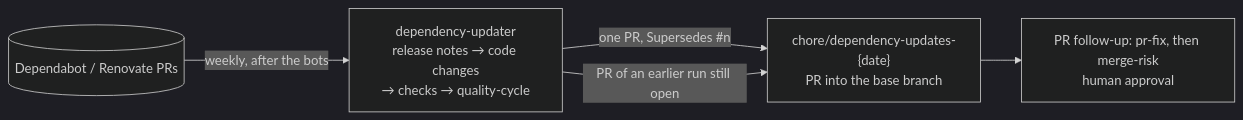
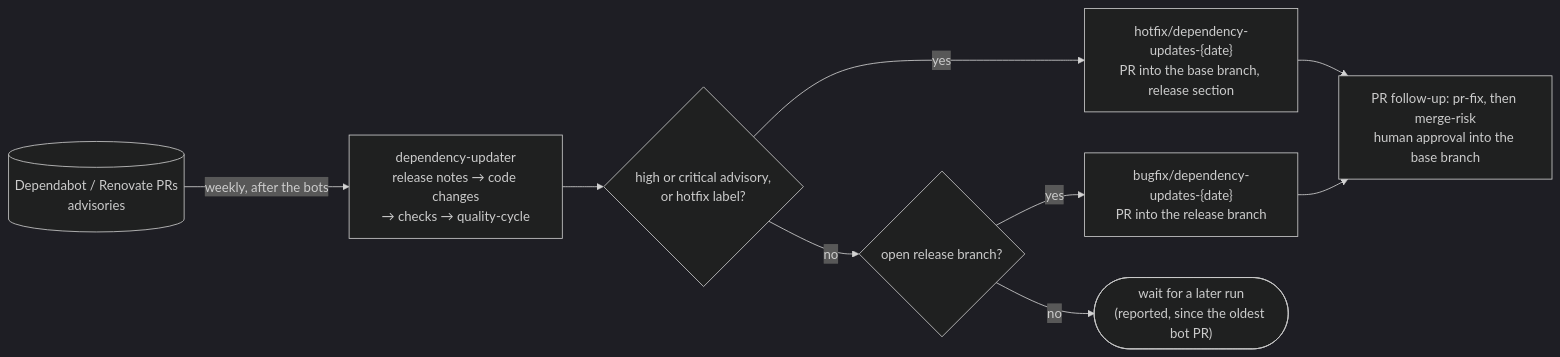
Before and after one commit to fbrissi/ai-skills: the sixth of 7 diagrams in docs/delivery-flow.md, drawn with Mermaid (dark theme). The commit also changed other lines of this file and 13 other files, not shown here.

````diff
--- a/docs/delivery-flow.md
+++ b/docs/delivery-flow.md
@@ -242,7 +243,11 @@
 ```mermaid
 flowchart LR
-  BOT[("Dependabot / Renovate PRs")] -->|"weekly, after the bots"| DU["dependency-updater<br/>release notes → code changes<br/>→ checks → quality-cycle"]
-  DU -->|"one PR, Supersedes #n"| PR["chore/dependency-updates-{date}<br/>PR into the base branch"]
-  DU -->|"PR of an earlier run still open"| PR
-  PR --> FU["PR follow-up: pr-fix, then merge-risk<br/>human approval"]
+  BOT[("Dependabot / Renovate PRs<br/>advisories")] -->|"weekly, after the bots"| DU["dependency-updater<br/>release notes → code changes<br/>→ checks → quality-cycle"]
+  DU --> U{"high or critical advisory,<br/>or hotfix label?"}
+  U -->|yes| HF["hotfix/dependency-updates-{date}<br/>PR into the base branch, release section"]
+  U -->|no| RB{"open release branch?"}
+  RB -->|yes| BF["bugfix/dependency-updates-{date}<br/>PR into the release branch"]
+  RB -->|no| W(["wait for a later run<br/>(reported, since the oldest bot PR)"])
+  HF --> FU["PR follow-up: pr-fix, then merge-risk<br/>human approval into the base branch"]
+  BF --> FU
 ```
````
